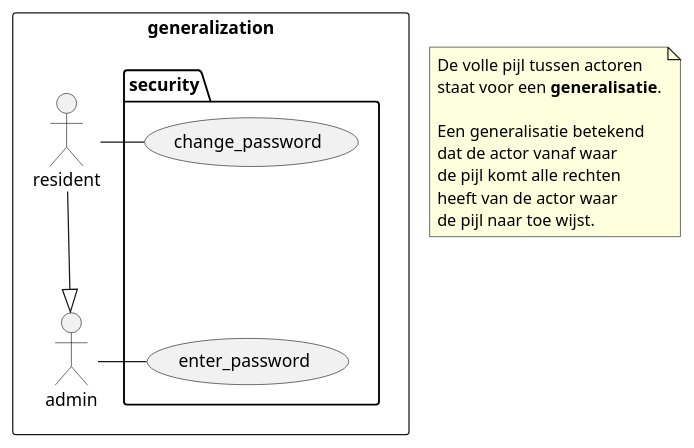
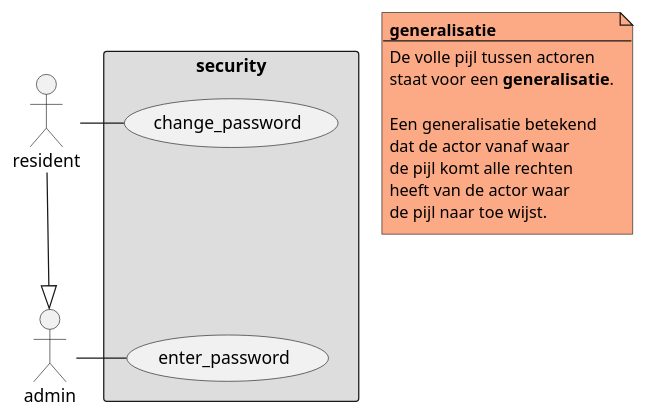
The diagram in plantuml/use_case/actor_generalization.puml (LukevLuijn/cheat_sheet_osm_mo), drawn with PlantUML before and after one commit. The commit also changed 28 other files, not shown here.

Commit message:
[cheat-sheet] added colors to all diagrams #2.

```diff
--- a/plantuml/use_case/actor_generalization.puml
+++ b/plantuml/use_case/actor_generalization.puml
@@ -1,31 +1,32 @@
 @startuml
 'https://plantuml.com/use-case-diagram
 
-rectangle r1 as "generalization"{
-    package "security" as p1{
-        usecase enter_password as uc1
-        usecase change_password as uc2
+rectangle "security" as p1 #DDDDDD{
+    usecase enter_password as uc1
+    usecase change_password as uc2
 
-        uc1 -[hidden]up-> uc2
-    }
-
-    actor "admin" as a1
-    actor "resident" as a2
-
-    a1 -right- uc1
-    a2 -right- uc2
-    a2 --|> a1
+    uc1 -[hidden]up-> uc2
 }
 
-note as n1
+actor "admin" as a1
+actor "resident" as a2
+
+a1 -right- uc1
+a2 -right- uc2
+a2 --|> a1
+
+
+note as n1 #FCA985
+    **generalisatie**
+    --
     De volle pijl tussen actoren
     staat voor een **generalisatie**.
 
     Een generalisatie betekend
     dat de actor vanaf waar
     de pijl komt alle rechten
     heeft van de actor waar
     de pijl naar toe wijst.
 end note
 
 @enduml
```
